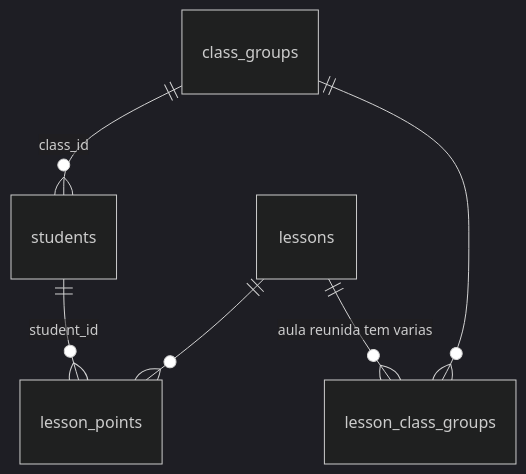
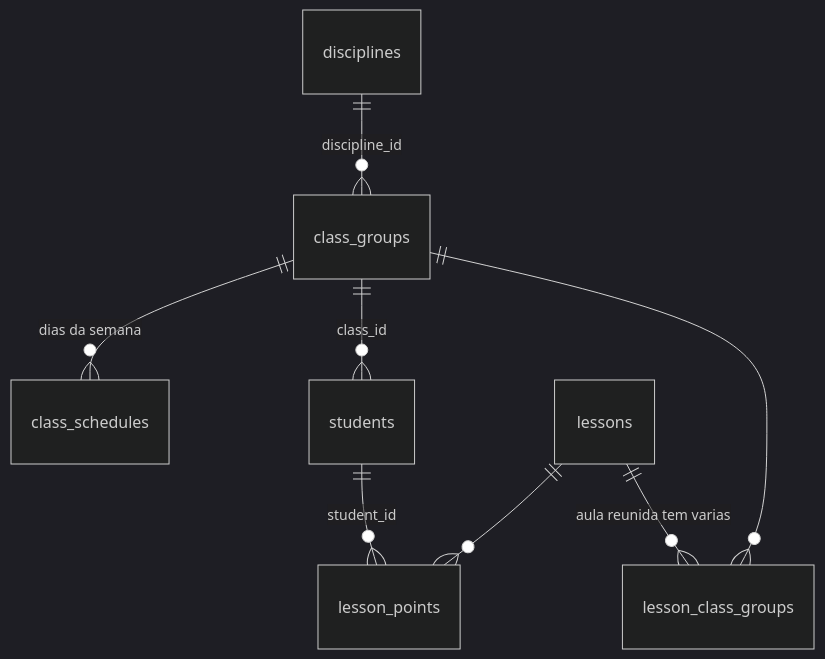
One commit to m4n1nh0/assistant_app changed the fifth of 6 diagrams in README.md. Above: the diagram before and after it, drawn with Mermaid (dark theme). The commit also changed other lines of this file and 14 other files, not shown here.

````diff
--- a/README.md
+++ b/README.md
@@ -328,8 +339,10 @@
 ```mermaid
 erDiagram
+    disciplines ||--o{ class_groups : "discipline_id"
+    class_groups ||--o{ class_schedules : "dias da semana"
     class_groups ||--o{ students : "class_id"
     class_groups ||--o{ lesson_class_groups : ""
     lessons ||--o{ lesson_class_groups : "aula reunida tem varias"
     lessons ||--o{ lesson_points : ""
     students ||--o{ lesson_points : "student_id"
 ```
````
